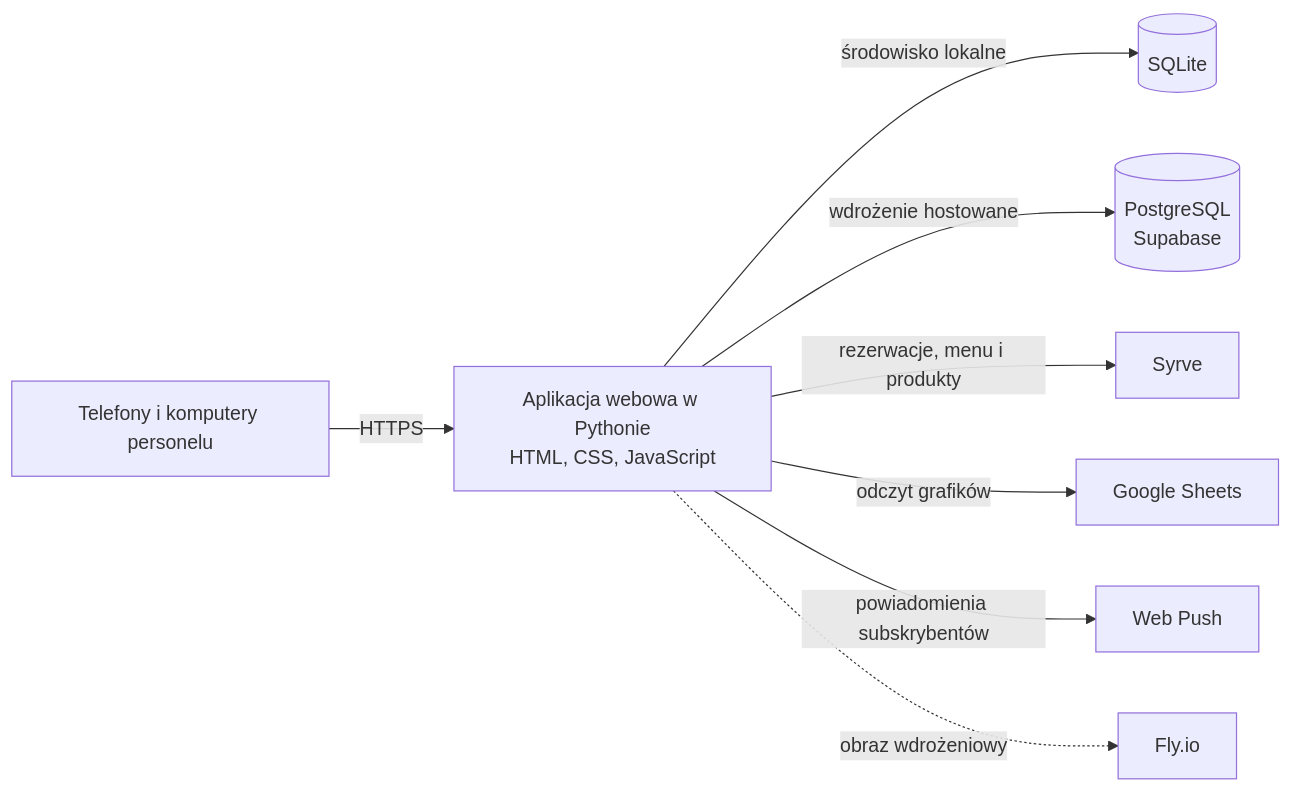
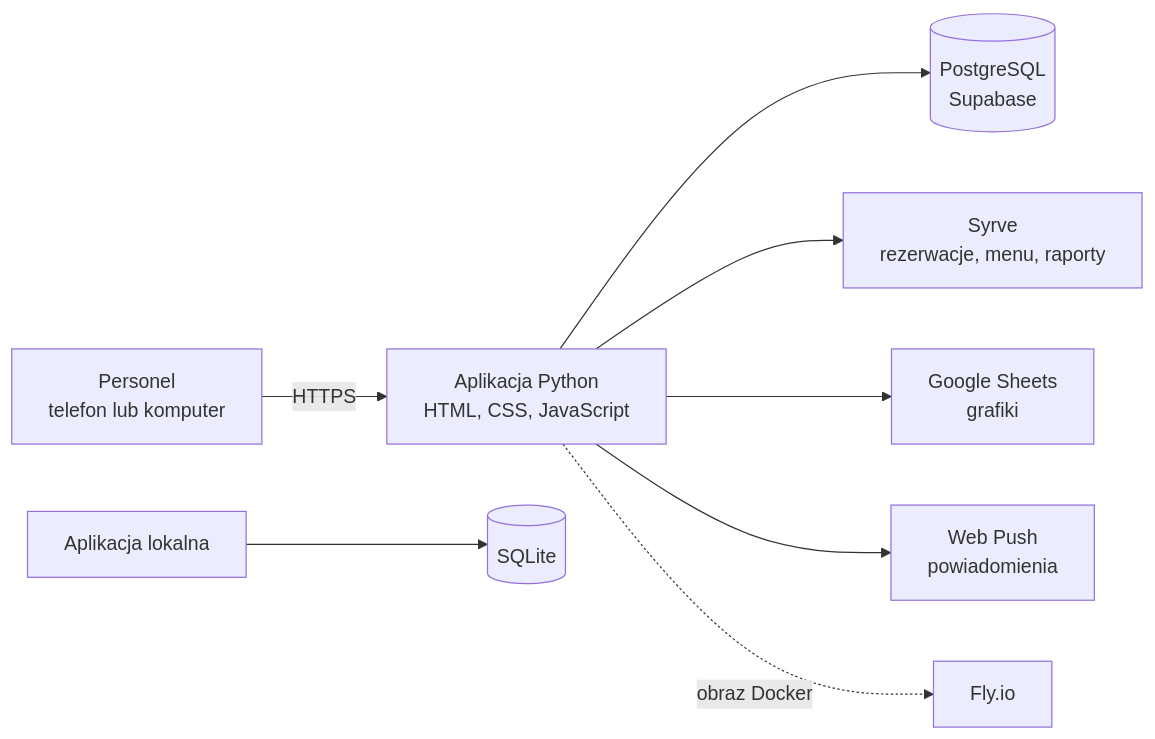
The second of 2 diagrams in README.md (221Studios/KidsOffice), drawn with Mermaid before and after one commit. The commit also changed other lines of this file and 4 other files, not shown here.

````diff
--- a/README.md
+++ b/README.md
@@ -32,10 +45,10 @@
 ```mermaid
 flowchart LR
-    Staff[Telefony i komputery personelu] -->|HTTPS| App[Aplikacja webowa w Pythonie<br/>HTML, CSS, JavaScript]
-    App -->|środowisko lokalne| SQLite[(SQLite)]
-    App -->|wdrożenie hostowane| PG[(PostgreSQL<br/>Supabase)]
-    App -->|rezerwacje, menu i produkty| POS[Syrve]
-    App -->|odczyt grafików| Sheets[Google Sheets]
-    App -->|powiadomienia subskrybentów| Push[Web Push]
-    App -. obraz wdrożeniowy .-> Host[Fly.io]
+    Staff[Personel<br/>telefon lub komputer] -->|HTTPS| App[Aplikacja Python<br/>HTML, CSS, JavaScript]
+    App --> DB[(PostgreSQL<br/>Supabase)]
+    App --> POS[Syrve<br/>rezerwacje, menu, raporty]
+    App --> Sheets[Google Sheets<br/>grafiki]
+    App --> Push[Web Push<br/>powiadomienia]
+    App -. obraz Docker .-> Host[Fly.io]
+    Local[Aplikacja lokalna] --> SQLite[(SQLite)]
 ```
````
